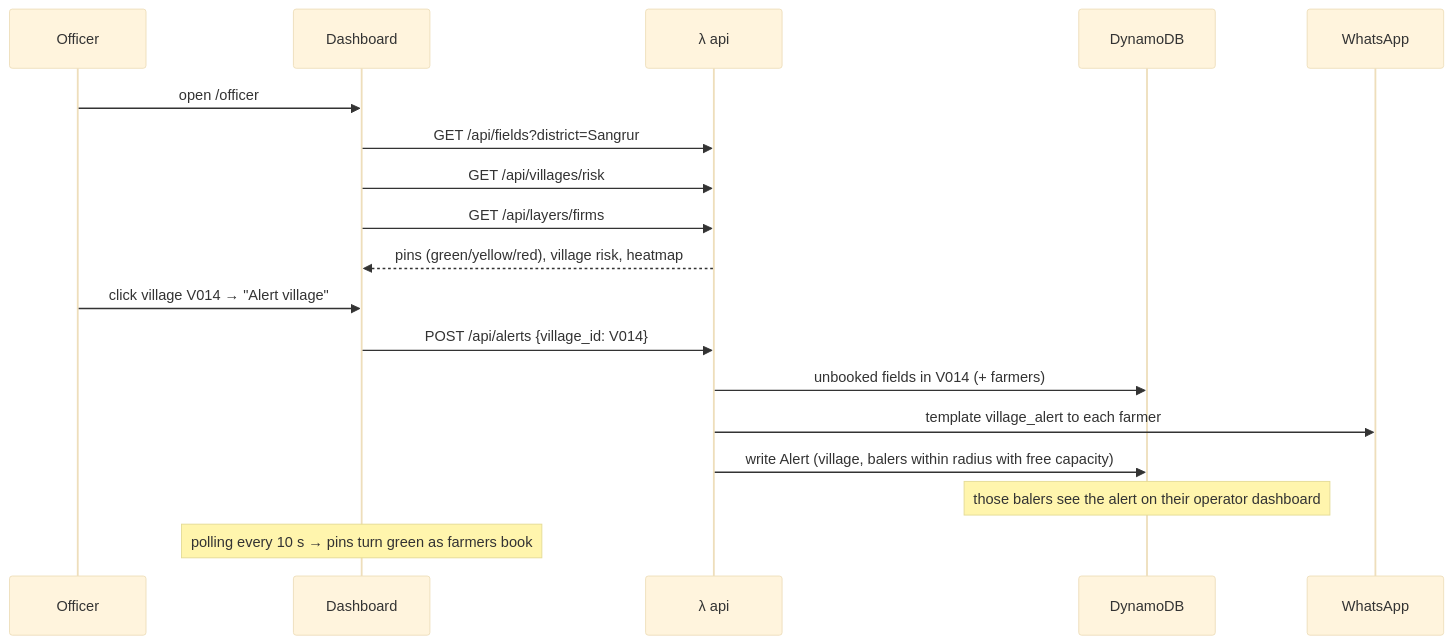
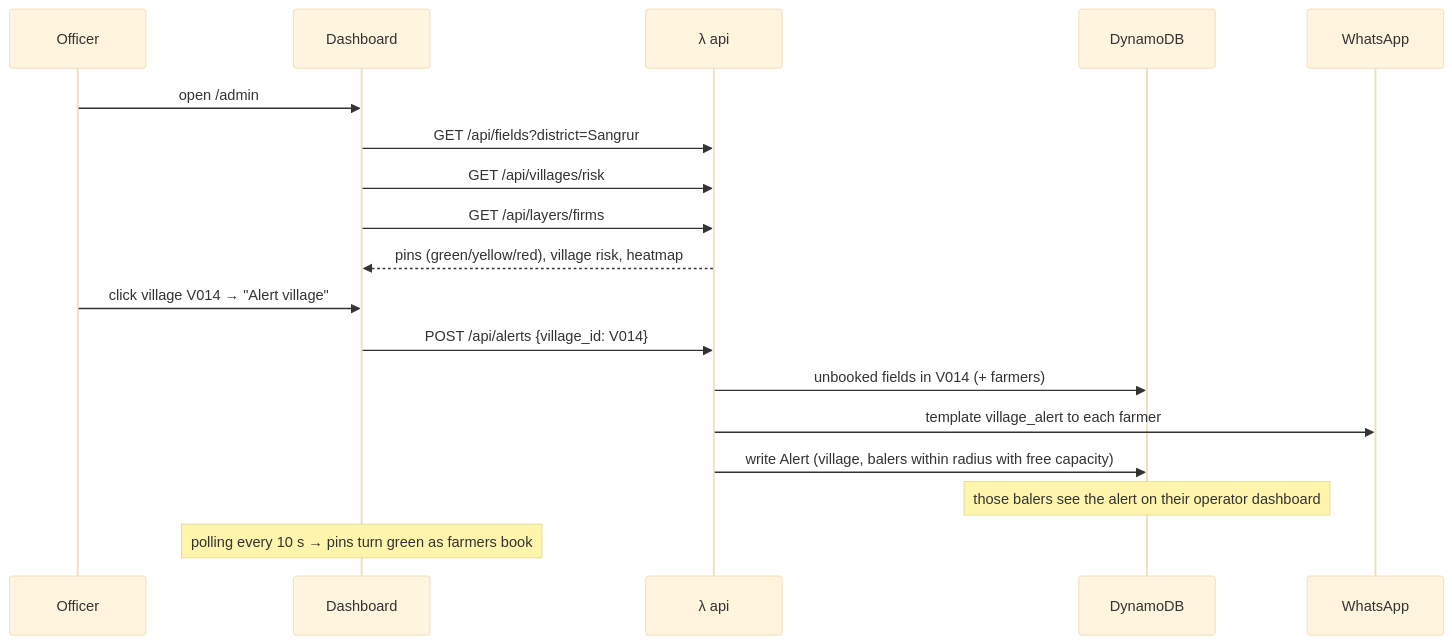
One commit to sanskarjoshiii/clearsky changed the second of 2 diagrams in IMPLEMENTATION.md. Above: the diagram before and after it, drawn with Mermaid (base theme). The commit also changed other lines of this file and 43 other files, not shown here.

````diff
--- a/IMPLEMENTATION.md
+++ b/IMPLEMENTATION.md
@@ -129,20 +133,20 @@
 ```mermaid
 sequenceDiagram
   participant O as Officer
   participant UI as Dashboard
   participant API as λ api
   participant D as DynamoDB
   participant WA as WhatsApp
-  O->>UI: open /officer
+  O->>UI: open /admin
   UI->>API: GET /api/fields?district=Sangrur
   UI->>API: GET /api/villages/risk
   UI->>API: GET /api/layers/firms
   API-->>UI: pins (green/yellow/red), village risk, heatmap
   O->>UI: click village V014 → "Alert village"
   UI->>API: POST /api/alerts {village_id: V014}
   API->>D: unbooked fields in V014 (+ farmers)
   API->>WA: template village_alert to each farmer
   API->>D: write Alert (village, balers within radius with free capacity)
   Note over D: those balers see the alert on their operator dashboard
   Note over UI: polling every 10 s → pins turn green as farmers book
 ```
````
